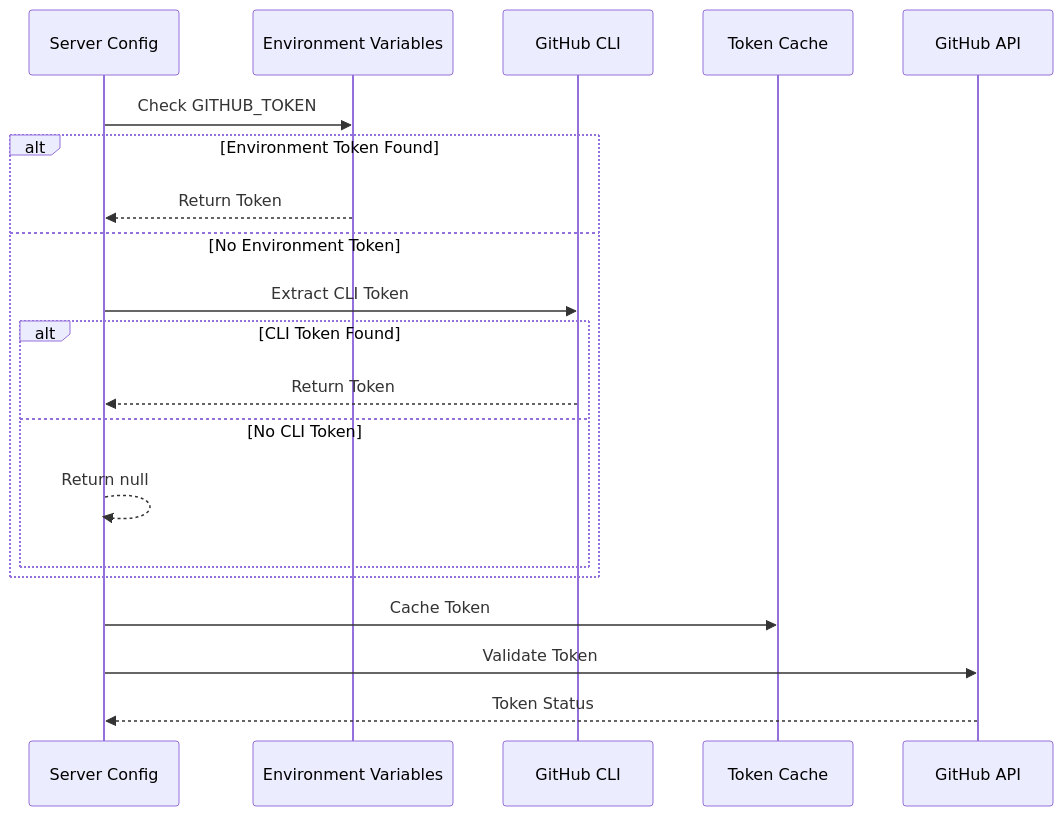
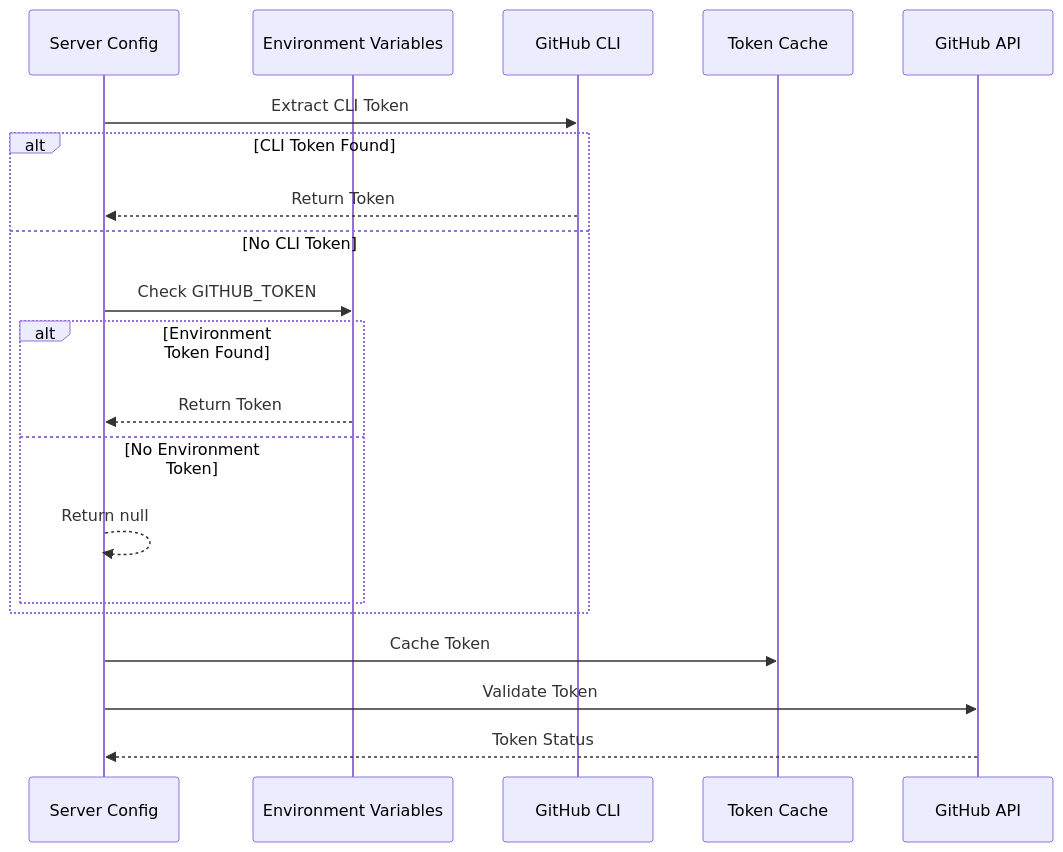
The third of 3 diagrams in packages/octocode-mcp/docs/summary.md (bgauryy/octocode-mcp), drawn with Mermaid before and after one commit. The commit also changed other lines of this file and 42 other files, not shown here.

````diff
--- a/packages/octocode-mcp/docs/summary.md
+++ b/packages/octocode-mcp/docs/summary.md
@@ -479,24 +471,24 @@
 ```mermaid
 sequenceDiagram
     participant Config as Server Config
     participant EnvVar as Environment Variables
     participant GitHubCLI as GitHub CLI
     participant Cache as Token Cache
     participant GitHub as GitHub API
     
-    Config->>EnvVar: Check GITHUB_TOKEN
-    alt Environment Token Found
-        EnvVar-->>Config: Return Token
-    else No Environment Token
-        Config->>GitHubCLI: Extract CLI Token
-        alt CLI Token Found
-            GitHubCLI-->>Config: Return Token
-        else No CLI Token
+    Config->>GitHubCLI: Extract CLI Token
+    alt CLI Token Found
+        GitHubCLI-->>Config: Return Token
+    else No CLI Token
+        Config->>EnvVar: Check GITHUB_TOKEN
+        alt Environment Token Found
+            EnvVar-->>Config: Return Token
+        else No Environment Token
             Config-->>Config: Return null
         end
     end
     
     Config->>Cache: Cache Token
     Config->>GitHub: Validate Token
     GitHub-->>Config: Token Status
 ```
````
